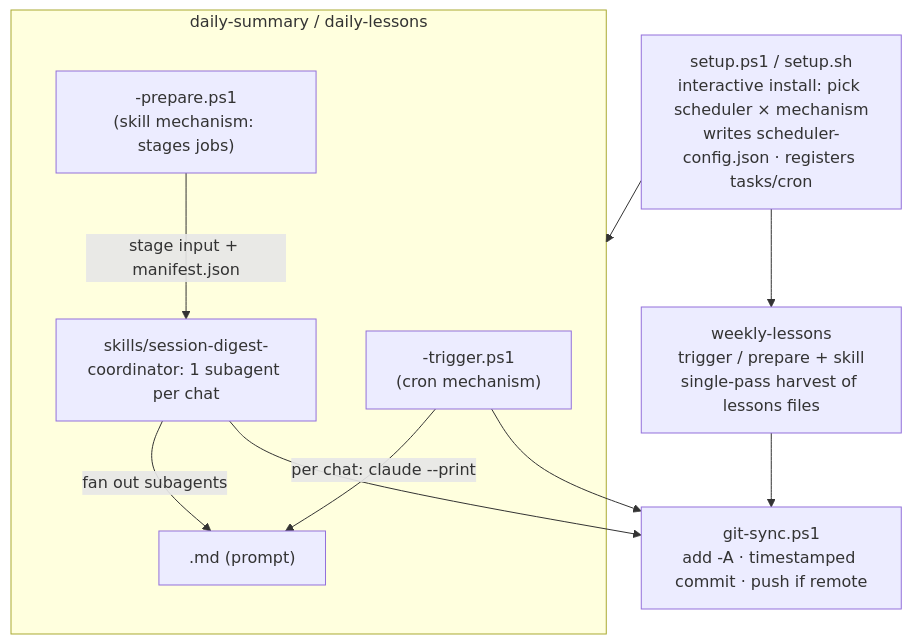
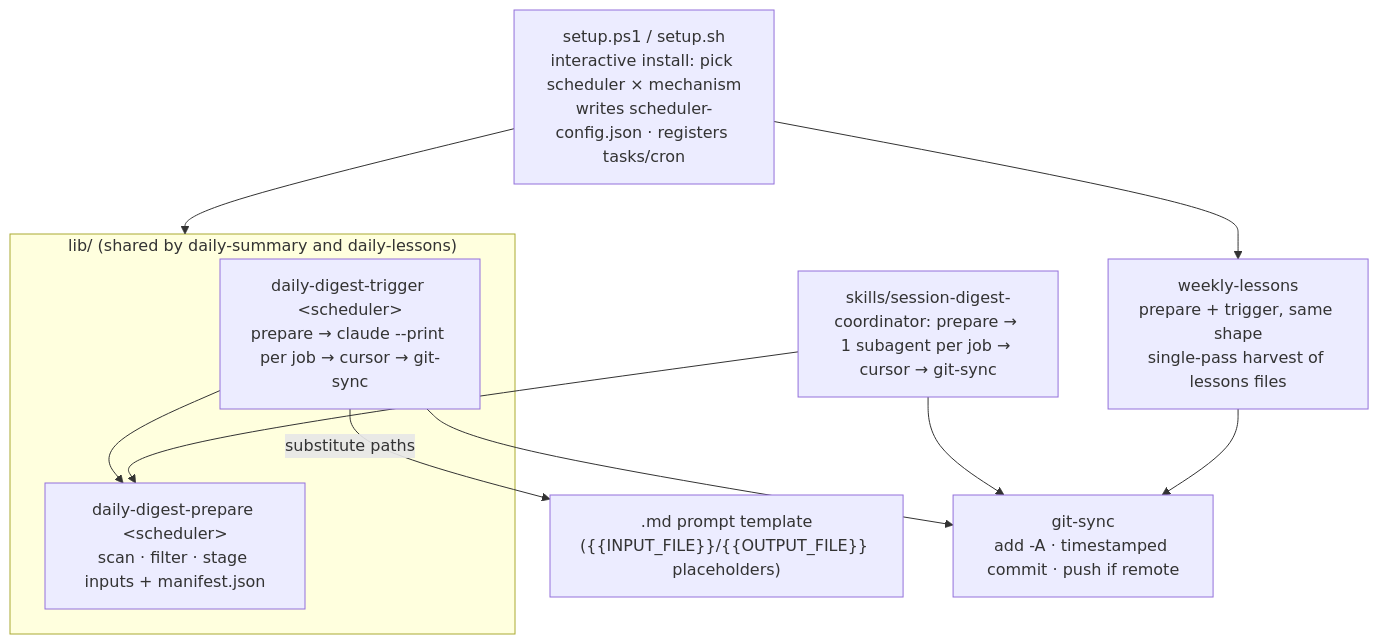
One commit to cheneeheng/claude-code-command-center changed the second of 4 diagrams in .agents_workspace/architecture/tools/scheduled-session-digests/ARCHITECTURE.md. Above: the diagram before and after it, drawn with Mermaid. The commit also changed other lines of this file and 39 other files, not shown here.

````diff
--- a/.agents_workspace/architecture/tools/scheduled-session-digests/ARCHITECTURE.md
+++ b/.agents_workspace/architecture/tools/scheduled-session-digests/ARCHITECTURE.md
@@ -31,22 +32,22 @@
 ```mermaid
 flowchart TD
     setup["setup.ps1 / setup.sh<br/>interactive install: pick scheduler × mechanism<br/>writes scheduler-config.json · registers tasks/cron"]
 
-    subgraph daily["daily-summary / daily-lessons"]
-        trig["<name>-trigger.ps1<br/>(cron mechanism)"]
-        prep["<name>-prepare.ps1<br/>(skill mechanism: stages jobs)"]
-        skill["skills/session-digest-<name><br/>coordinator: 1 subagent per chat"]
-        prompt["<name>.md (prompt)"]
+    subgraph shared["lib/ (shared by daily-summary and daily-lessons)"]
+        prep["daily-digest-prepare &lt;scheduler&gt;<br/>scan · filter · stage inputs + manifest.json"]
+        trig["daily-digest-trigger &lt;scheduler&gt;<br/>prepare → claude --print per job → cursor → git-sync"]
     end
-    weekly["weekly-lessons<br/>trigger / prepare + skill<br/>single-pass harvest of lessons files"]
-    gitsync["git-sync.ps1<br/>add -A · timestamped commit · push if remote"]
+    skill["skills/session-digest-<name><br/>coordinator: prepare → 1 subagent per job → cursor → git-sync"]
+    prompt["<scheduler>.md prompt template<br/>({{INPUT_FILE}}/{{OUTPUT_FILE}} placeholders)"]
+    weekly["weekly-lessons<br/>prepare + trigger, same shape<br/>single-pass harvest of lessons files"]
+    gitsync["git-sync<br/>add -A · timestamped commit · push if remote"]
 
-    setup --> daily
+    setup --> shared
     setup --> weekly
-    trig -->|per chat: claude --print| prompt
-    prep -->|stage input + manifest.json| skill
-    skill -->|fan out subagents| prompt
+    trig --> prep
+    skill --> prep
+    trig -->|substitute paths| prompt
     trig --> gitsync
     skill --> gitsync
     weekly --> gitsync
 ```
````
